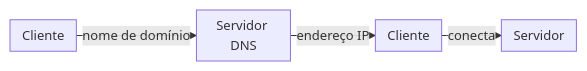
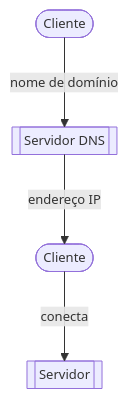
Before and after one commit to aziontech/docs: the fourth of 6 diagrams in apps/docs/src/content/docs/pt-br/pages/secure/edge-dns/how-it-works.mdx, drawn with Mermaid. The commit also changed other lines of this file and 179 other files, not shown here.

Commit message:
docs(diagrams): redraw every other diagram in the use-case diagram style (#2513)

````diff
--- a/apps/docs/src/content/docs/pt-br/pages/secure/edge-dns/how-it-works.mdx
+++ b/apps/docs/src/content/docs/pt-br/pages/secure/edge-dns/how-it-works.mdx
@@ -118,7 +118,7 @@
 ```mermaid
-%%{init: {"layout": "dagre", "themeVariables": {"fontSize": "13px"}, "flowchart": {"nodeSpacing": 12, "rankSpacing": 12, "padding": 6, "wrappingWidth": 70, "minNodeWidth": 40, "useMaxWidth": true}}}%%
-flowchart LR
-  Cli["Cliente"] -->|"nome de domínio"| Dns["Servidor DNS"]
-  Dns -->|"endereço IP"| Cli2["Cliente"]
-  Cli2 -->|"conecta"| Srv["Servidor"]
+%%{init: {"layout": "elk", "themeVariables": {"fontSize": "13px"}, "flowchart": {"nodeSpacing": 24, "rankSpacing": 36, "padding": 8, "wrappingWidth": 150, "useMaxWidth": true}, "sequence": {"width": 120, "actorMargin": 30, "useMaxWidth": true}}}%%
+flowchart TD
+  Cli(["Cliente"]) -->|"nome de domínio"| Dns[["Servidor DNS"]]
+  Dns -->|"endereço IP"| Cli2(["Cliente"])
+  Cli2 -->|"conecta"| Srv[["Servidor"]]
 ```
````
